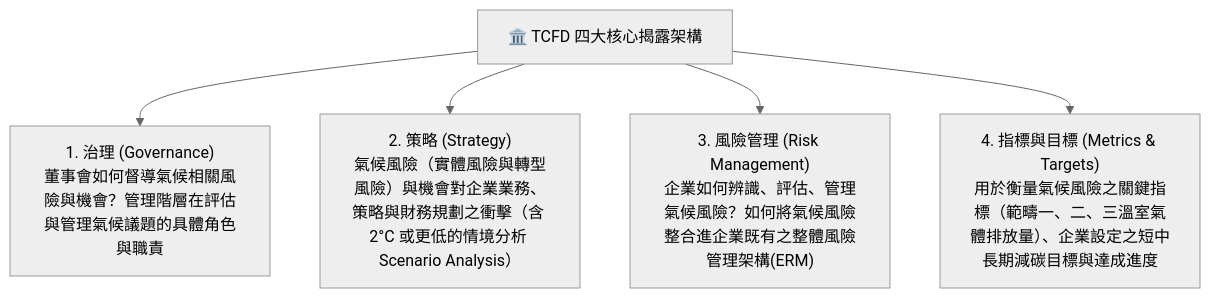
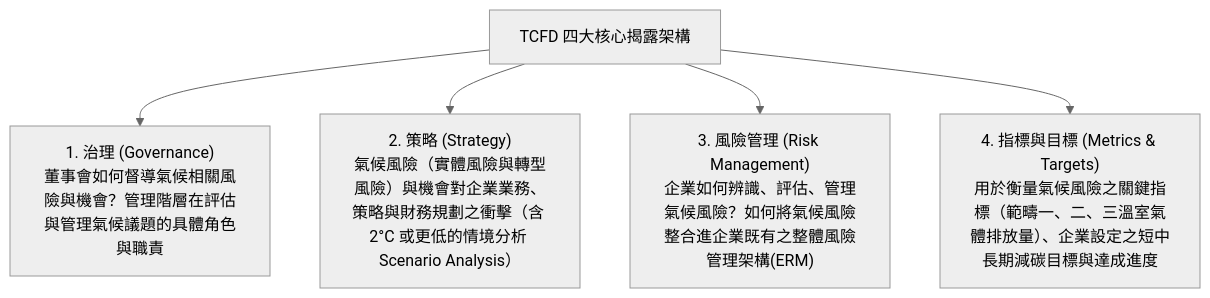
One commit to ehackerevan/exam-study-platform changed the diagram in 教材/永續發展基礎能力重點教材/04_企業永續資訊揭露(IFRS永續準則)與反漂綠.md. Above: the diagram before and after it, drawn with Mermaid (neutral theme). The commit also changed other lines of this file and 34 other files, not shown here.

Commit message:
feat: add frequency charts and refine study materials

````diff
--- a/教材/永續發展基礎能力重點教材/04_企業永續資訊揭露(IFRS永續準則)與反漂綠.md
+++ b/教材/永續發展基礎能力重點教材/04_企業永續資訊揭露(IFRS永續準則)與反漂綠.md
@@ -24,8 +24,8 @@
 ```mermaid
 graph TD
-    A["🏛️ TCFD 四大核心揭露架構"]
+    A[" TCFD 四大核心揭露架構"]
     A --> B["1. 治理 (Governance)<br/>董事會如何督導氣候相關風險與機會？管理階層在評估與管理氣候議題的具體角色與職責"]
     A --> C["2. 策略 (Strategy)<br/>氣候風險（實體風險與轉型風險）與機會對企業業務、策略與財務規劃之衝擊（含 2°C 或更低的情境分析 Scenario Analysis）"]
     A --> D["3. 風險管理 (Risk Management)<br/>企業如何辨識、評估、管理氣候風險？如何將氣候風險整合進企業既有之整體風險管理架構(ERM)"]
     A --> E["4. 指標與目標 (Metrics & Targets)<br/>用於衡量氣候風險之關鍵指標（範疇一、二、三溫室氣體排放量）、企業設定之短中長期減碳目標與達成進度"]
 ```
````
